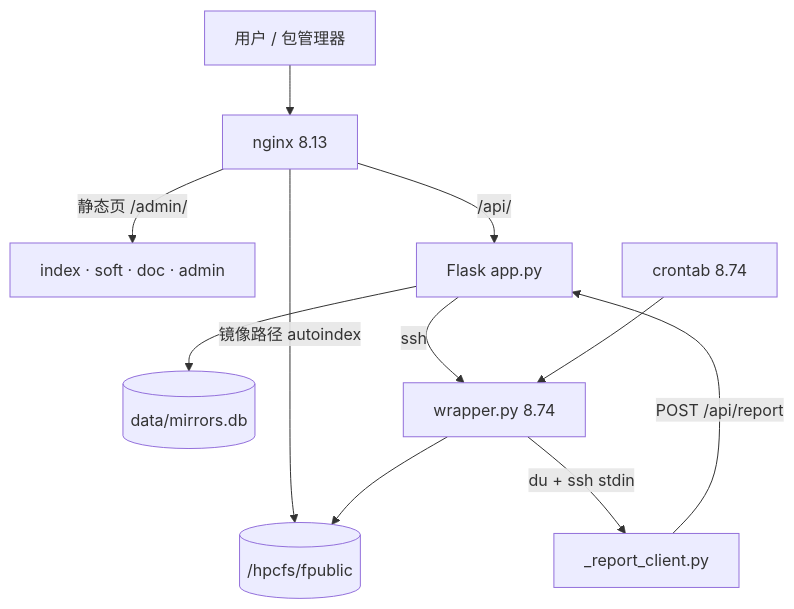
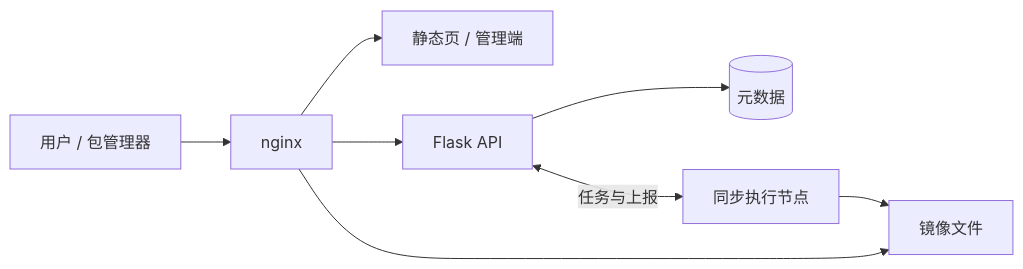
Before and after one commit to instod/mirrors: the first of 2 diagrams in README.md, drawn with Mermaid. The commit also changed other lines of this file, not shown here.

````diff
--- a/README.md
+++ b/README.md
@@ -49,13 +46,10 @@
 ```mermaid
-flowchart TB
-  U[用户 / 包管理器] --> NGX[nginx 8.13]
-  NGX -->|静态页 /admin/| FE[index · soft · doc · admin]
-  NGX -->|/api/| FLASK[Flask app.py]
-  NGX -->|镜像路径 autoindex| STORE[(/hpcfs/fpublic)]
-  FLASK --> DB[(data/mirrors.db)]
-  FLASK -->|ssh| WRAP[wrapper.py 8.74]
-  CRON[crontab 8.74] --> WRAP
-  WRAP --> STORE
-  WRAP -->|du + ssh stdin| R[_report_client.py]
-  R -->|POST /api/report| FLASK
+flowchart LR
+  U[用户 / 包管理器] --> NGX[nginx]
+  NGX --> FE[静态页 / 管理端]
+  NGX --> API[Flask API]
+  NGX --> FILES[镜像文件]
+  API --> META[(元数据)]
+  API <-->|任务与上报| WORKER[同步执行节点]
+  WORKER --> FILES
 ```
````
